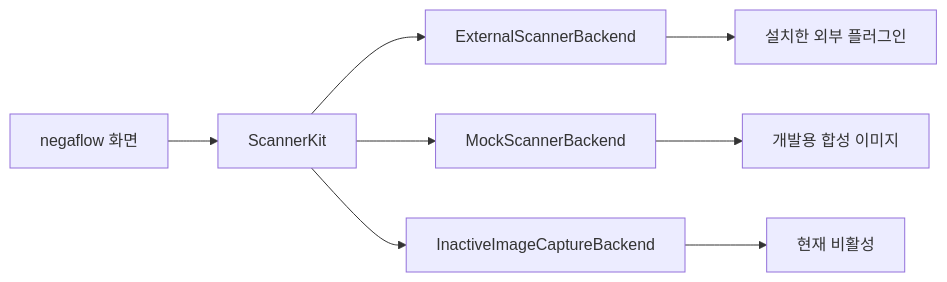
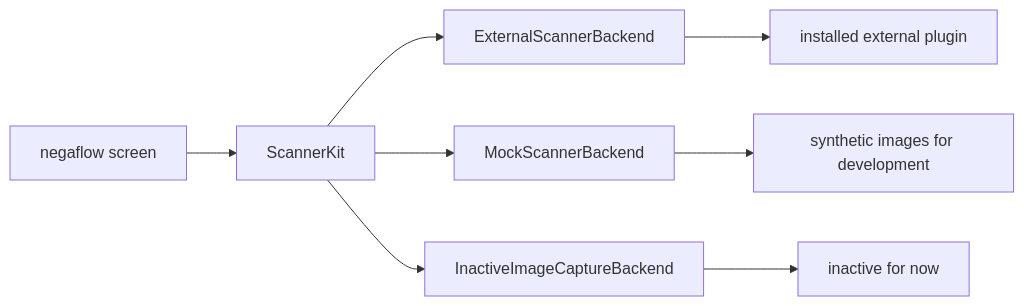
The first of 2 diagrams in docs/architecture/SCANNER_PLUGINS.md (habinsong/negaflow), drawn with Mermaid before and after one commit. The commit also changed other lines of this file and 119 other files, not shown here.

````diff
--- a/docs/architecture/SCANNER_PLUGINS.md
+++ b/docs/architecture/SCANNER_PLUGINS.md
@@ -27,10 +28,10 @@
 ```mermaid
 flowchart LR
-    UI["negaflow 화면"] --> SK["ScannerKit"]
+    UI["negaflow screen"] --> SK["ScannerKit"]
     SK --> EXT["ExternalScannerBackend"]
     SK --> DEMO["MockScannerBackend"]
     SK --> ICC["InactiveImageCaptureBackend"]
-    EXT --> PLUGIN["설치한 외부 플러그인"]
-    DEMO --> SYNTH["개발용 합성 이미지"]
-    ICC --> OFF["현재 비활성"]
+    EXT --> PLUGIN["installed external plugin"]
+    DEMO --> SYNTH["synthetic images for development"]
+    ICC --> OFF["inactive for now"]
 ```
````
